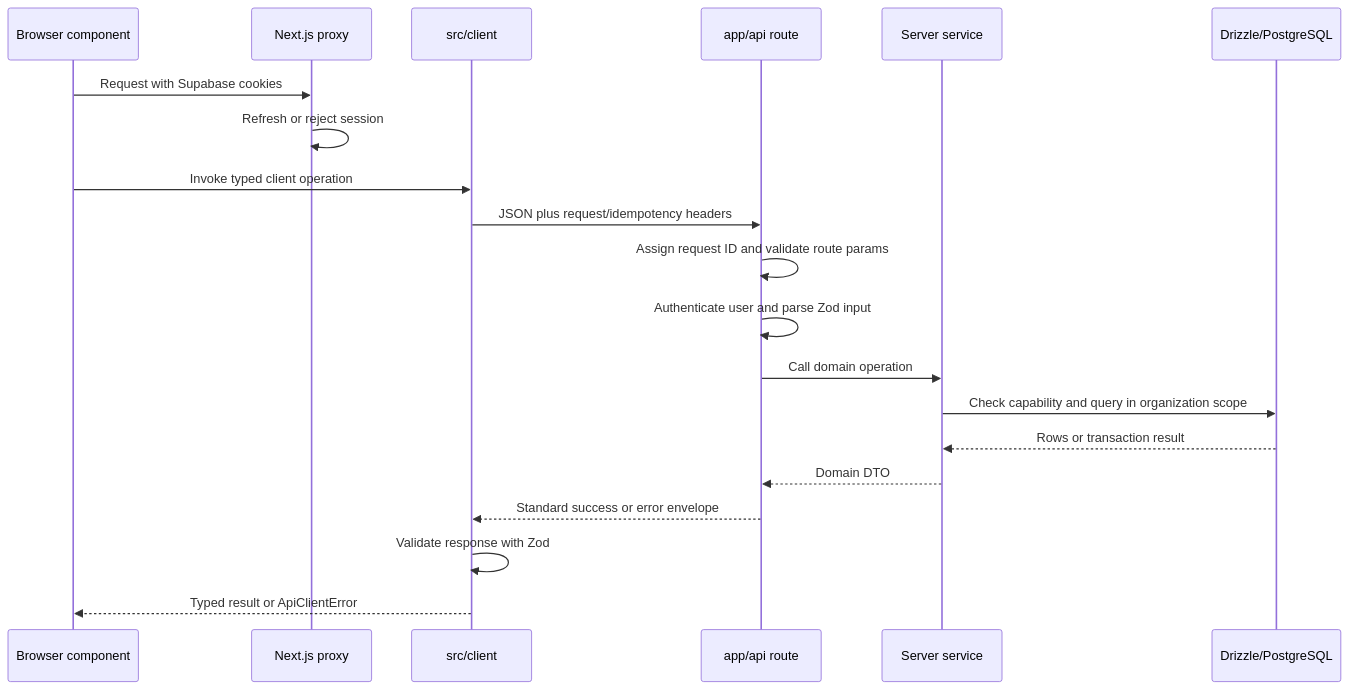
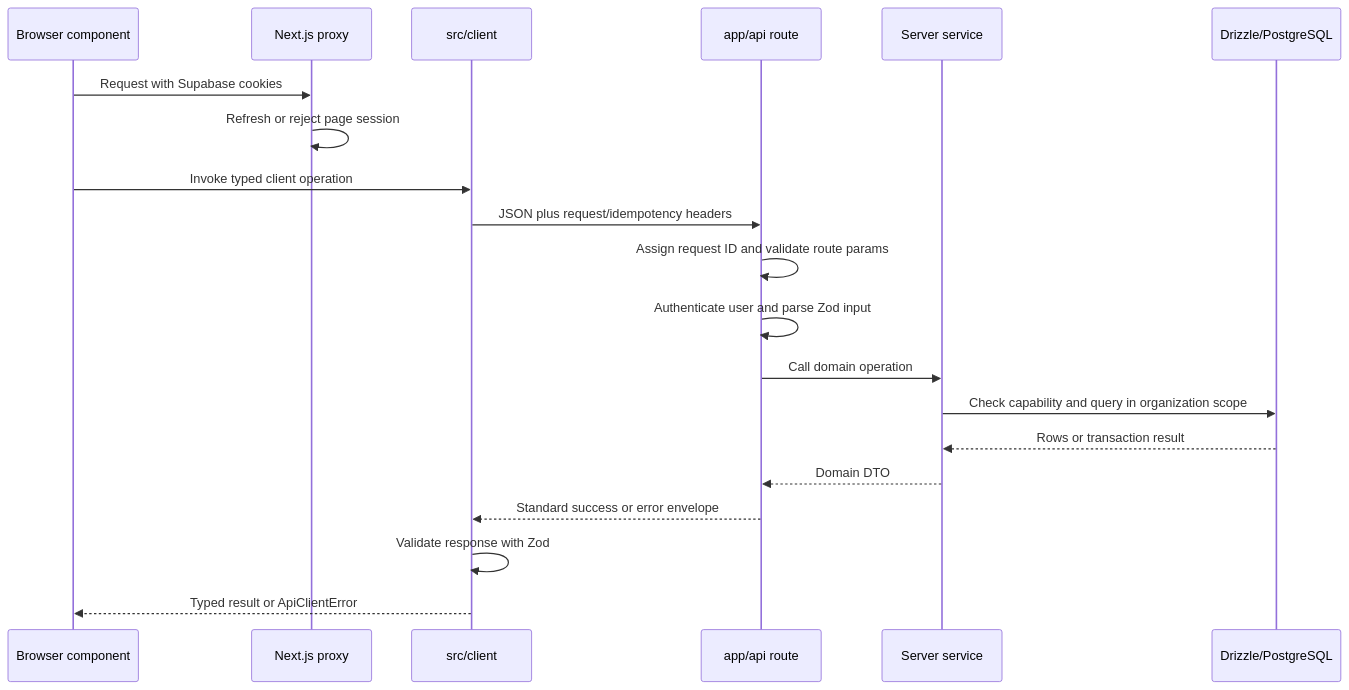
Before and after one commit to nxkolas/compliance: the second of 4 diagrams in my-app/docs/architecture/system-overview.md, drawn with Mermaid. The commit also changed other lines of this file and 29 other files, not shown here.

````diff
--- a/my-app/docs/architecture/system-overview.md
+++ b/my-app/docs/architecture/system-overview.md
@@ -92,23 +92,23 @@
 ```mermaid
 sequenceDiagram
     participant B as Browser component
     participant P as Next.js proxy
     participant C as src/client
     participant R as app/api route
     participant S as Server service
     participant D as Drizzle/PostgreSQL
 
     B->>P: Request with Supabase cookies
-    P->>P: Refresh or reject session
+    P->>P: Refresh or reject page session
     B->>C: Invoke typed client operation
     C->>R: JSON plus request/idempotency headers
     R->>R: Assign request ID and validate route params
     R->>R: Authenticate user and parse Zod input
     R->>S: Call domain operation
     S->>D: Check capability and query in organization scope
     D-->>S: Rows or transaction result
     S-->>R: Domain DTO
     R-->>C: Standard success or error envelope
     C->>C: Validate response with Zod
     C-->>B: Typed result or ApiClientError
 ```
````
